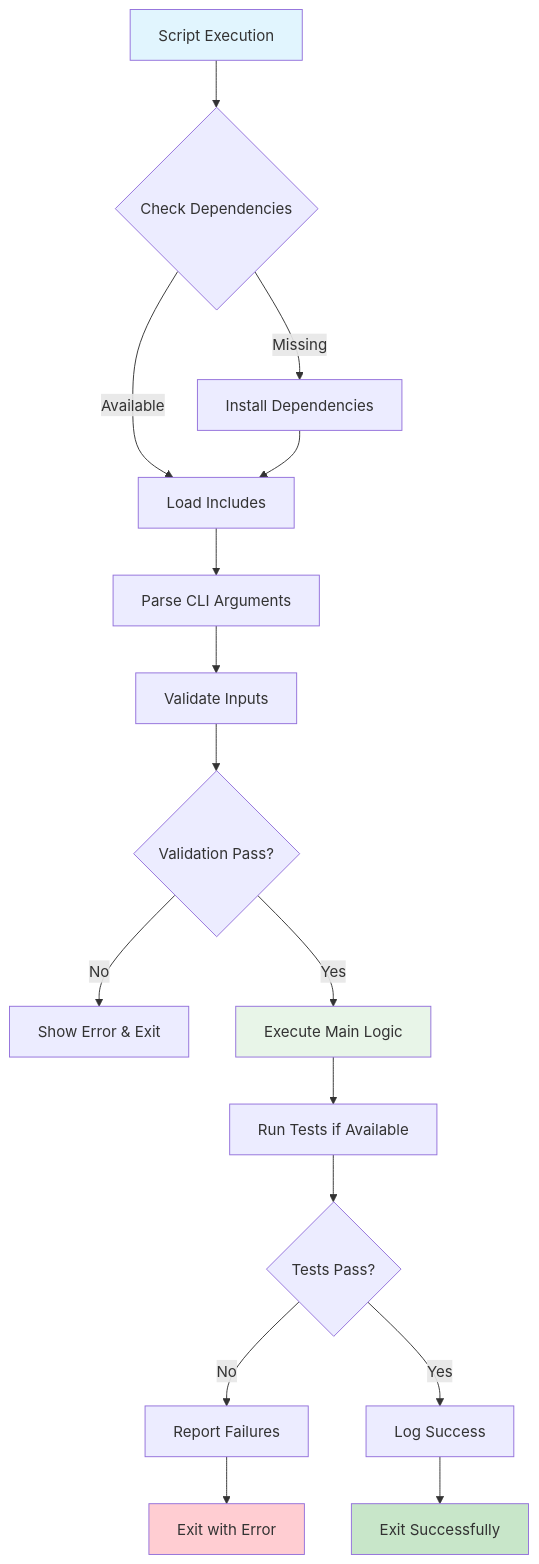
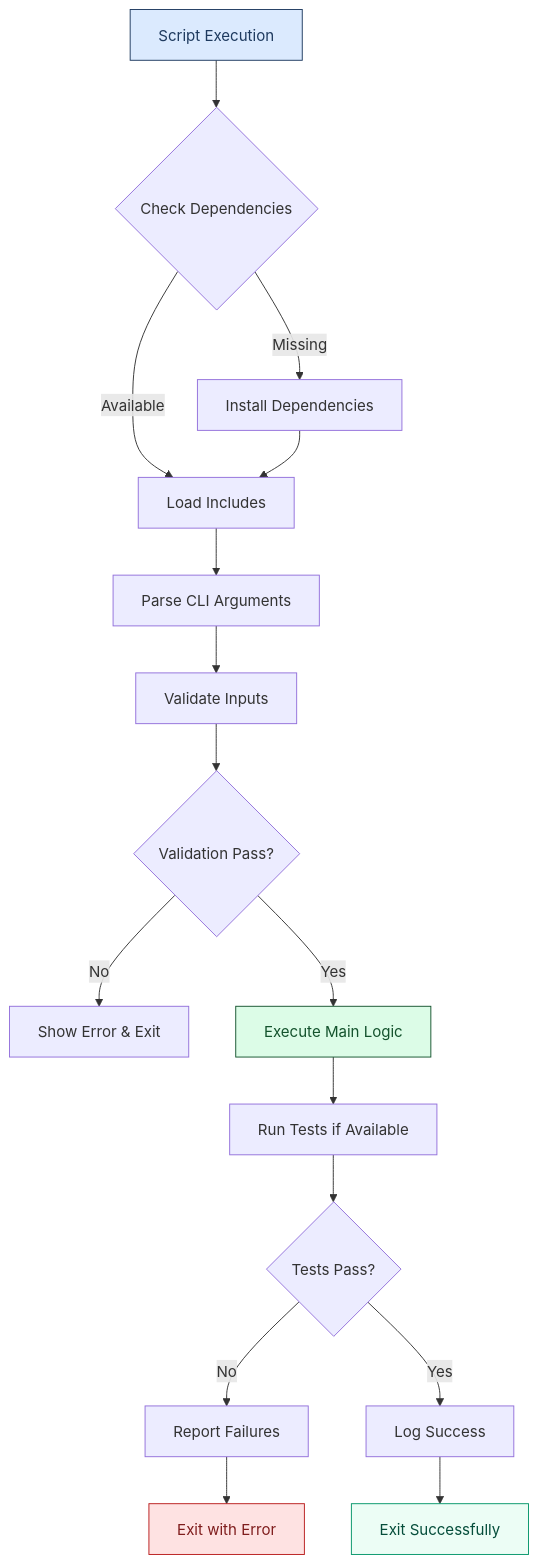
One commit to lightspeedwp/.github changed the third of 3 diagrams in scripts/README.md. Above: the diagram before and after it, drawn with Mermaid. The commit also changed other lines of this file and 16 other files, not shown here.

First line of the commit message:
docs(mermaid): repository-wide diagram colour sweep and content refresh (#982)

````diff
--- a/scripts/README.md
+++ b/scripts/README.md
@@ -401,25 +405,27 @@
 ```mermaid
+---
+accTitle: Script execution flow and lifecycle
+accDescr: Detailed flowchart showing script execution lifecycle from dependency checking, includes loading, CLI argument parsing, input validation, main logic execution, test running, and exit handling with error and success paths.
+---
 flowchart TD
-accTitle: "Script execution flow and lifecycle"
-accDescr: "Detailed flowchart showing script execution lifecycle from dependency checking, includes loading, CLI argument parsing, input validation, main logic execution, test running, and exit handling with error and success paths."
     A[Script Execution] --> B{Check Dependencies}
     B -->|Missing| C[Install Dependencies]
     B -->|Available| D[Load Includes]
     C --> D
     D --> E[Parse CLI Arguments]
     E --> F[Validate Inputs]
     F --> G{Validation Pass?}
     G -->|No| H[Show Error & Exit]
     G -->|Yes| I[Execute Main Logic]
     I --> J[Run Tests if Available]
     J --> K{Tests Pass?}
     K -->|No| L[Report Failures]
     K -->|Yes| M[Log Success]
     L --> N[Exit with Error]
     M --> O[Exit Successfully]
 
-    style A fill:#e1f5fe
-    style I fill:#e8f5e8
-    style O fill:#c8e6c9
-    style N fill:#ffcdd2
+    style A fill:#dbeafe,color:#1e3a5f,stroke:#1e3a5f
+    style I fill:#dcfce7,color:#14532d,stroke:#14532d
+    style O fill:#ecfdf5,color:#064e3b,stroke:#059669
+    style N fill:#fee2e2,color:#7f1d1d,stroke:#b91c1c
 ```
````
